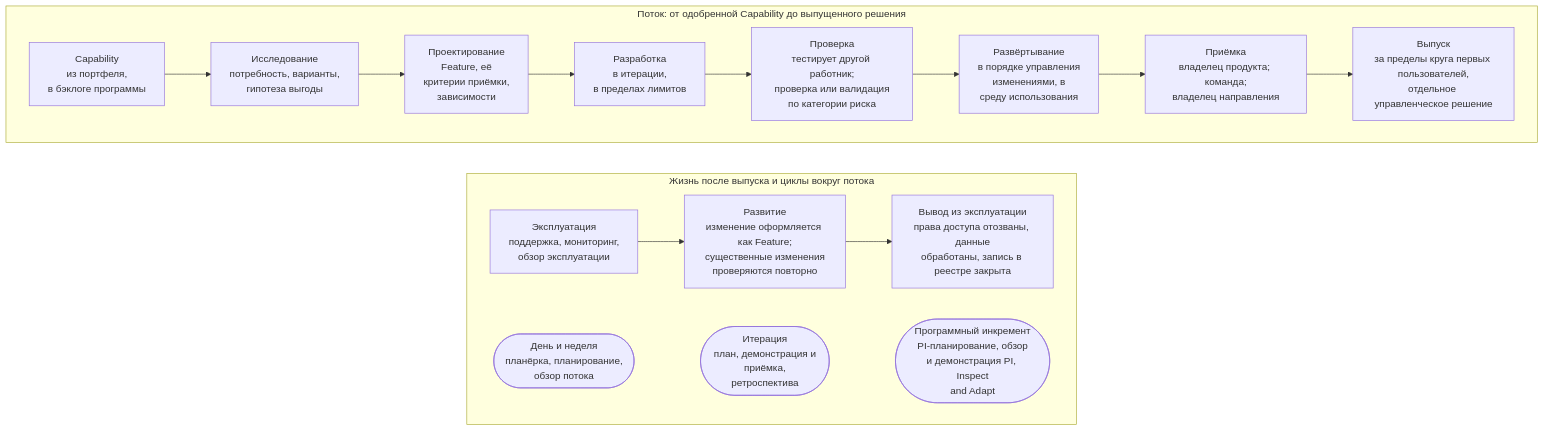
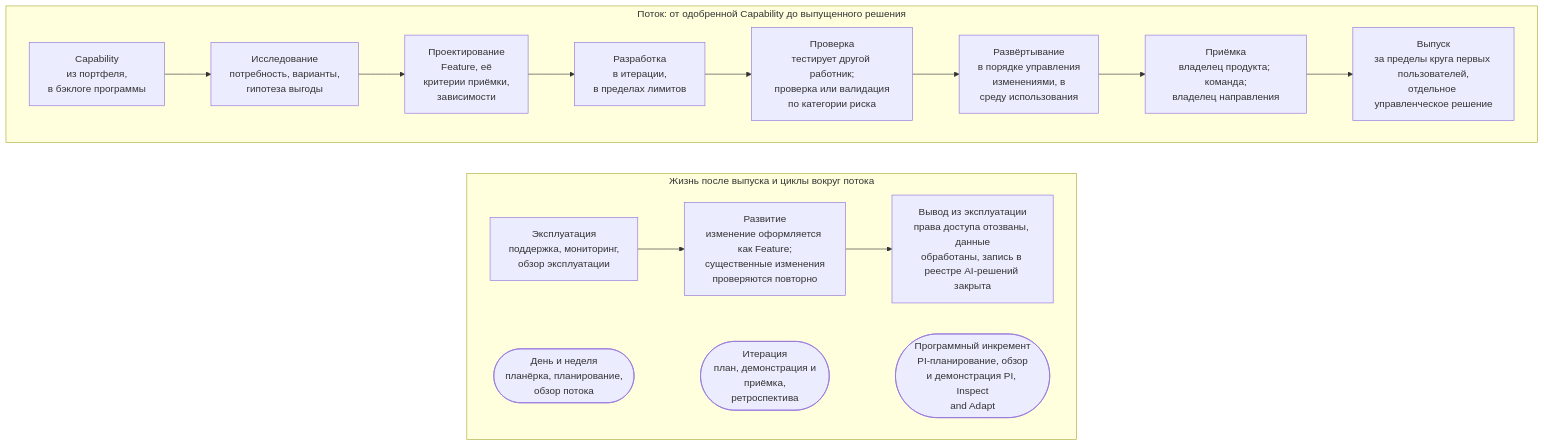
The diagram in portal/content/ru/delivery/overview.md (devhogu/ob-aicc), drawn with Mermaid before and after one commit. The commit also changed other lines of this file and 370 other files, not shown here.

````diff
--- a/portal/content/ru/delivery/overview.md
+++ b/portal/content/ru/delivery/overview.md
@@ -15,20 +15,20 @@
 ```mermaid
 flowchart TB
   subgraph ROW1["Поток: от одобренной Capability до выпущенного решения"]
     direction LR
     CAP["Capability<br/>из портфеля,<br/>в бэклоге программы"] --> EX["Исследование<br/>потребность, варианты,<br/>гипотеза выгоды"]
     EX --> DS["Проектирование<br/>Feature, её<br/>критерии приёмки,<br/>зависимости"]
     DS --> DV["Разработка<br/>в итерации,<br/>в пределах лимитов"]
     DV --> VF["Проверка<br/>тестирует другой работник;<br/>проверка или валидация<br/>по категории риска"]
     VF --> DP["Развёртывание<br/>в порядке управления<br/>изменениями, в<br/>среду использования"]
     DP --> AC["Приёмка<br/>владелец продукта; команда;<br/>владелец направления"]
     AC --> RL["Выпуск<br/>за пределы круга первых пользователей,<br/>отдельное управленческое решение"]
   end
   subgraph ROW2["Жизнь после выпуска и циклы вокруг потока"]
     direction LR
     OP["Эксплуатация<br/>поддержка, мониторинг,<br/>обзор эксплуатации"] --> EV["Развитие<br/>изменение оформляется как Feature;<br/>существенные изменения<br/>проверяются повторно"]
-    EV --> RT["Вывод из эксплуатации<br/>права доступа отозваны, данные<br/>обработаны, запись в реестре закрыта"]
+    EV --> RT["Вывод из эксплуатации<br/>права доступа отозваны, данные<br/>обработаны, запись в реестре AI-решений закрыта"]
     L1(["День и неделя<br/>планёрка, планирование,<br/>обзор потока"]) ~~~ L2(["Итерация<br/>план, демонстрация и<br/>приёмка,<br/>ретроспектива"]) ~~~ L3(["Программный инкремент<br/>PI-планирование, обзор<br/>и демонстрация PI, Inspect<br/>and Adapt"])
   end
   ROW1 ~~~ ROW2
 ```
````
